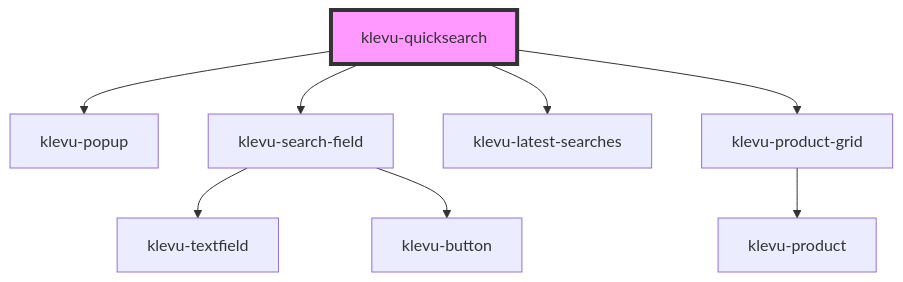
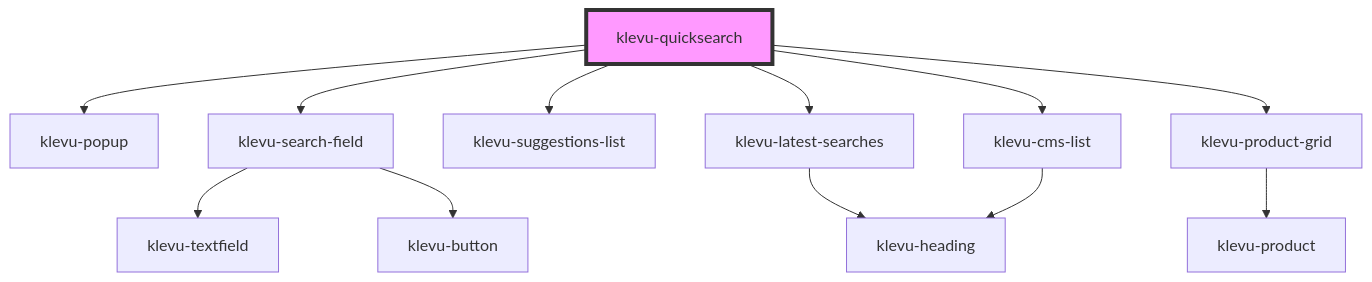
The diagram in packages/klevu-ui/src/components/klevu-quicksearch/readme.md (klevultd/frontend-sdk), drawn with Mermaid before and after one commit. The commit also changed other lines of this file and 110 other files, not shown here.

````diff
--- a/packages/klevu-ui/src/components/klevu-quicksearch/readme.md
+++ b/packages/klevu-ui/src/components/klevu-quicksearch/readme.md
@@ -33,11 +31,15 @@
 ```mermaid
 graph TD;
   klevu-quicksearch --> klevu-popup
   klevu-quicksearch --> klevu-search-field
+  klevu-quicksearch --> klevu-suggestions-list
   klevu-quicksearch --> klevu-latest-searches
+  klevu-quicksearch --> klevu-cms-list
   klevu-quicksearch --> klevu-product-grid
   klevu-search-field --> klevu-textfield
   klevu-search-field --> klevu-button
+  klevu-latest-searches --> klevu-heading
+  klevu-cms-list --> klevu-heading
   klevu-product-grid --> klevu-product
   style klevu-quicksearch fill:#f9f,stroke:#333,stroke-width:4px
 ```
````
